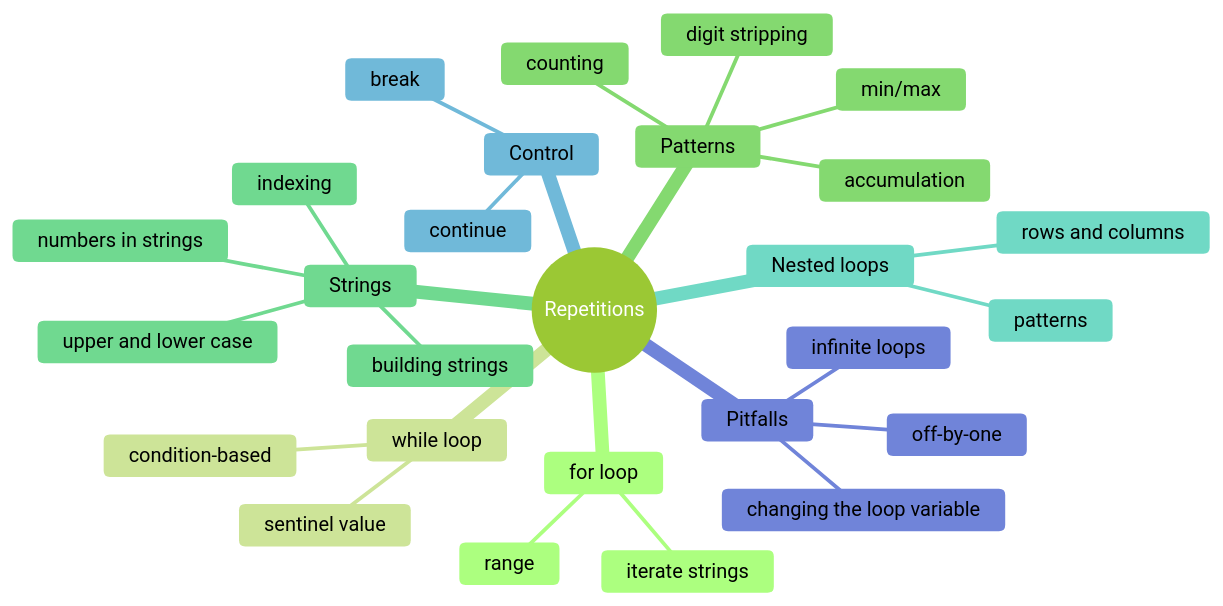
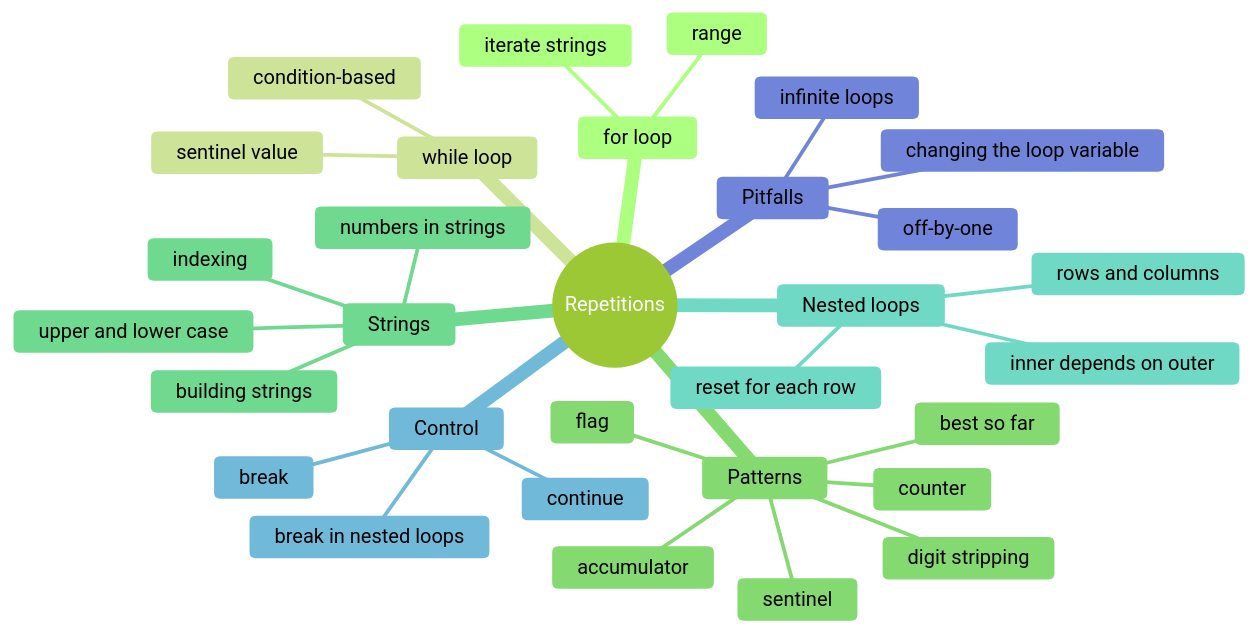
One commit to mAbduqayum/python-workbook changed the diagram in repetitions/_docs/_table_of_contents.md. Above: the diagram before and after it, drawn with Mermaid (forest theme). The commit also changed 24 other files, not shown here.

````diff
--- a/repetitions/_docs/_table_of_contents.md
+++ b/repetitions/_docs/_table_of_contents.md
@@ -3,30 +3,34 @@
 ```mermaid
 mindmap
     root((Repetitions))
         for loop
             range
             iterate strings
         while loop
             condition-based
             sentinel value
         Patterns
-            accumulation
-            counting
-            min/max
+            counter
+            accumulator
+            best so far
+            sentinel
+            flag
             digit stripping
         Strings
             indexing
             building strings
             numbers in strings
             upper and lower case
         Nested loops
             rows and columns
-            patterns
+            inner depends on outer
+            reset for each row
         Control
             break
             continue
+            break in nested loops
         Pitfalls
             infinite loops
             off-by-one
             changing the loop variable
 ```
````
